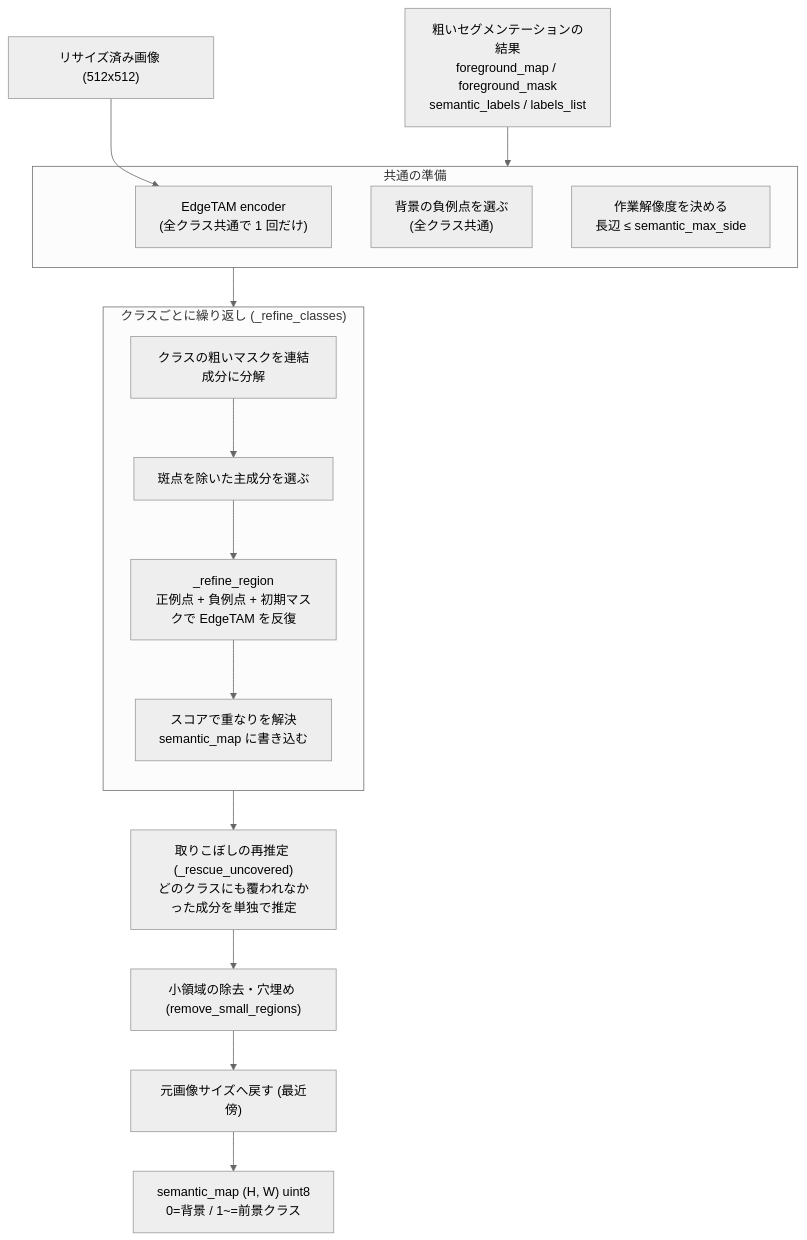
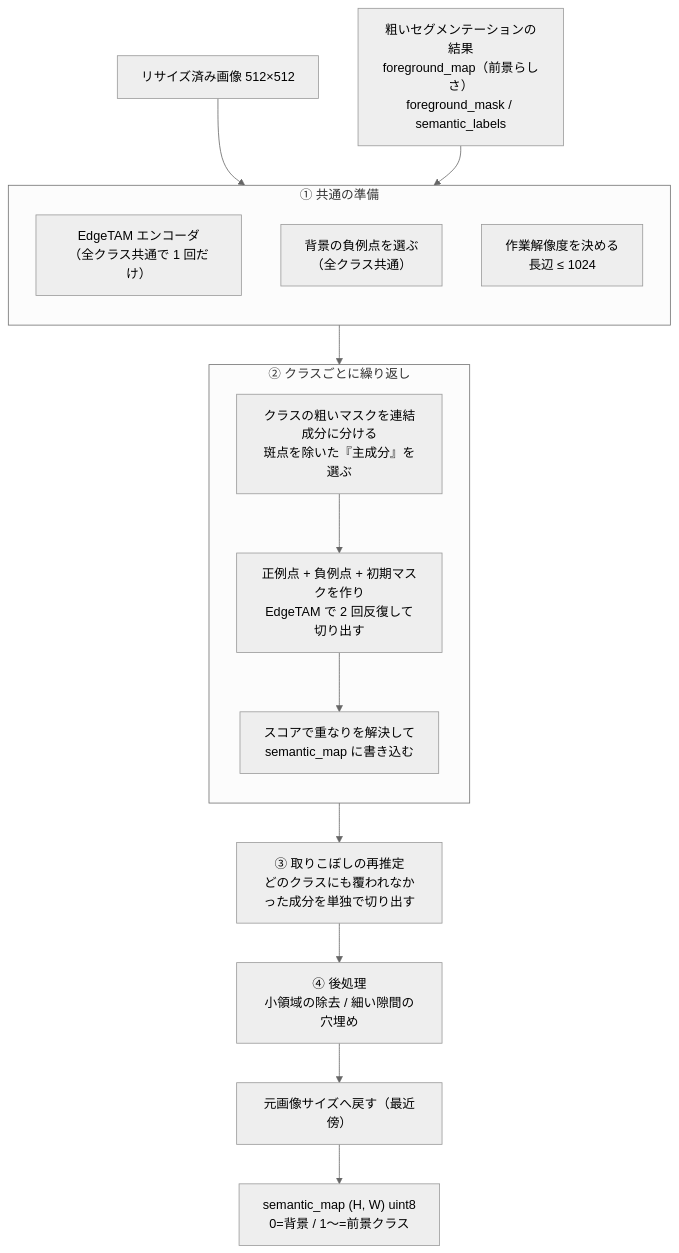
One commit to fklg-64/pe_anything_detect changed the first of 15 diagrams in docs/semantic_refiner.md. Above: the diagram before and after it, drawn with Mermaid (neutral theme). The commit also changed other lines of this file and 2 other files, not shown here.

````diff
--- a/docs/semantic_refiner.md
+++ b/docs/semantic_refiner.md
@@ -31,25 +20,25 @@
 ```mermaid
 flowchart TD
-    IN["粗いセグメンテーションの結果<br/>foreground_map / foreground_mask<br/>semantic_labels / labels_list"] --> PREP
-    IMG["リサイズ済み画像 (512x512)"] --> ENC["EdgeTAM encoder<br/>(全クラス共通で 1 回だけ)"]
+    IN["粗いセグメンテーションの結果<br/>foreground_map（前景らしさ）<br/>foreground_mask / semantic_labels"] --> PREP
+    IMG["リサイズ済み画像 512×512"] --> ENC["EdgeTAM エンコーダ<br/>（全クラス共通で 1 回だけ）"]
 
-    subgraph PREP["共通の準備"]
+    subgraph PREP["① 共通の準備"]
+        direction TB
         ENC
-        BG["背景の負例点を選ぶ<br/>(全クラス共通)"]
-        WORK["作業解像度を決める<br/>長辺 ≤ semantic_max_side"]
+        BG["背景の負例点を選ぶ<br/>（全クラス共通）"]
+        WORK["作業解像度を決める<br/>長辺 ≤ 1024"]
     end
 
     PREP --> LOOP
 
-    subgraph LOOP["クラスごとに繰り返し (_refine_classes)"]
+    subgraph LOOP["② クラスごとに繰り返し"]
         direction TB
-        CC["クラスの粗いマスクを連結成分に分解"] --> MAIN["斑点を除いた主成分を選ぶ"]
-        MAIN --> REG["_refine_region<br/>正例点 + 負例点 + 初期マスクで EdgeTAM を反復"]
-        REG --> OVL["スコアで重なりを解決<br/>semantic_map に書き込む"]
+        CC["クラスの粗いマスクを連結成分に分ける<br/>斑点を除いた『主成分』を選ぶ"] --> REG["正例点 + 負例点 + 初期マスクを作り<br/>EdgeTAM で 2 回反復して切り出す"]
+        REG --> OVL["スコアで重なりを解決して<br/>semantic_map に書き込む"]
     end
 
-    LOOP --> RESCUE["取りこぼしの再推定 (_rescue_uncovered)<br/>どのクラスにも覆われなかった成分を単独で推定"]
-    RESCUE --> CLEAN["小領域の除去・穴埋め (remove_small_regions)"]
-    CLEAN --> RESIZE["元画像サイズへ戻す (最近傍)"]
-    RESIZE --> OUT["semantic_map (H, W) uint8<br/>0=背景 / 1~=前景クラス"]
+    LOOP --> RESCUE["③ 取りこぼしの再推定<br/>どのクラスにも覆われなかった成分を単独で切り出す"]
+    RESCUE --> CLEAN["④ 後処理<br/>小領域の除去 / 細い隙間の穴埋め"]
+    CLEAN --> RESIZE["元画像サイズへ戻す（最近傍）"]
+    RESIZE --> OUT["semantic_map (H, W) uint8<br/>0=背景 / 1〜=前景クラス"]
 ```
````
